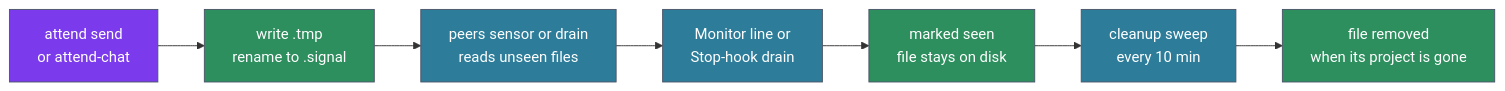
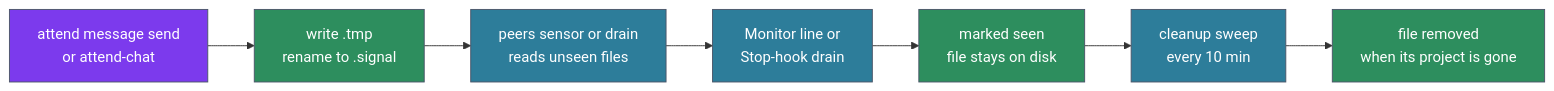
Before and after one commit to aaronsb/agent-ways: the diagram in docs/attend-and-monitor/signals.md, drawn with Mermaid. The commit also changed other lines of this file and 111 other files, not shown here.

````diff
--- a/docs/attend-and-monitor/signals.md
+++ b/docs/attend-and-monitor/signals.md
@@ -87,26 +87,26 @@
 ```mermaid
 flowchart LR
-    Create[attend send<br/>or attend-chat]
+    Create[attend message send<br/>or attend-chat]
     Write[write .tmp<br/>rename to .signal]
     Scan[peers sensor or drain<br/>reads unseen files]
     Present[Monitor line or<br/>Stop-hook drain]
     Seen[marked seen<br/>file stays on disk]
     Cleanup[cleanup sweep<br/>every 10 min]
     Delete[file removed<br/>when its project is gone]
 
     Create --> Write
     Write --> Scan
     Scan --> Present
     Present --> Seen
     Seen --> Cleanup
     Cleanup --> Delete
 
     classDef core fill:#7c3aed,stroke:#4a5568,color:#ffffff
     classDef process fill:#2d7d9a,stroke:#4a5568,color:#ffffff
     classDef store fill:#2d8e5e,stroke:#4a5568,color:#ffffff
 
     class Create core
     class Write,Seen store
     class Scan,Present,Cleanup process
     class Delete store
 ```
````
